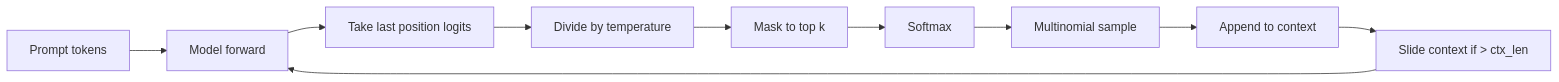
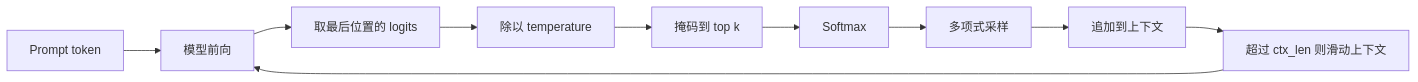
Before and after one commit to alessandrodinisio-ai/ai-engineering-learning-framework: the second of 2 diagrams in phases/19-capstone-projects/35-gpt-model-assembly/docs/zh.md, drawn with Mermaid. The commit also changed other lines of this file and 120 other files, not shown here.

First line of the commit message:
i18n(mermaid): 337 个 mermaid 图表标签中文化

````diff
--- a/phases/19-capstone-projects/35-gpt-model-assembly/docs/zh.md
+++ b/phases/19-capstone-projects/35-gpt-model-assembly/docs/zh.md
@@ -64,12 +64,12 @@
 ```mermaid
 flowchart LR
-  P[Prompt tokens] --> M[Model forward]
-  M --> Last[Take last position logits]
-  Last --> T[Divide by temperature]
-  T --> K[Mask to top k]
+  P[Prompt token] --> M[模型前向]
+  M --> Last[取最后位置的 logits]
+  Last --> T[除以 temperature]
+  T --> K[掩码到 top k]
   K --> S[Softmax]
-  S --> MN[Multinomial sample]
-  MN --> A[Append to context]
-  A --> Slide[Slide context if > ctx_len]
+  S --> MN[多项式采样]
+  MN --> A[追加到上下文]
+  A --> Slide[超过 ctx_len 则滑动上下文]
   Slide --> M
 ```
````
